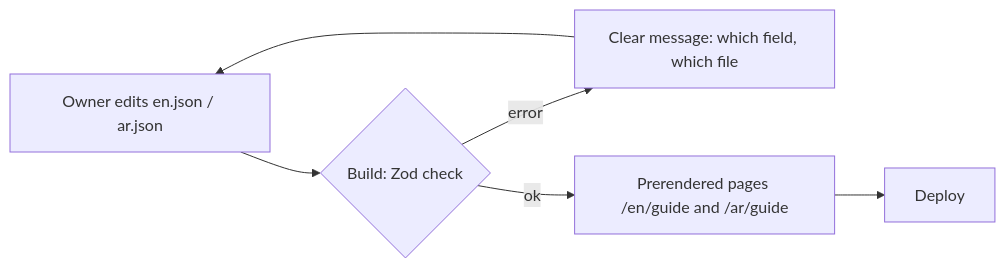
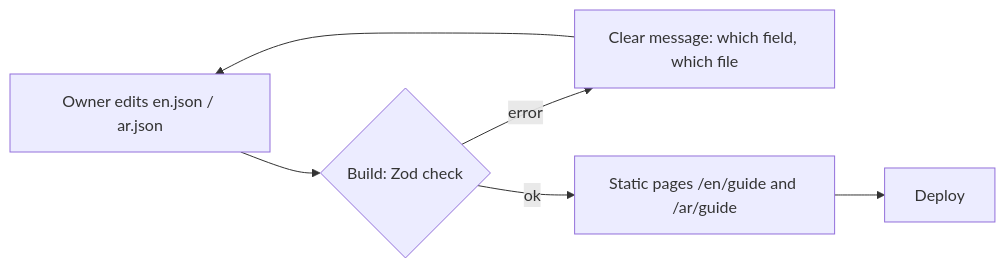
Before and after one commit to AhmedElnagarUU/Demmoss: the first of 2 diagrams in docs/features/software-guide.md, drawn with Mermaid. The commit also changed other lines of this file and 19 other files, not shown here.

````diff
--- a/docs/features/software-guide.md
+++ b/docs/features/software-guide.md
@@ -24,8 +24,8 @@
 ```mermaid
 flowchart LR
   E[Owner edits en.json / ar.json] --> V{Build: Zod check}
   V -->|error| M[Clear message: which field, which file]
   M --> E
-  V -->|ok| P[Prerendered pages /en/guide and /ar/guide]
+  V -->|ok| P[Static pages /en/guide and /ar/guide]
   P --> D[Deploy]
 ```
````
